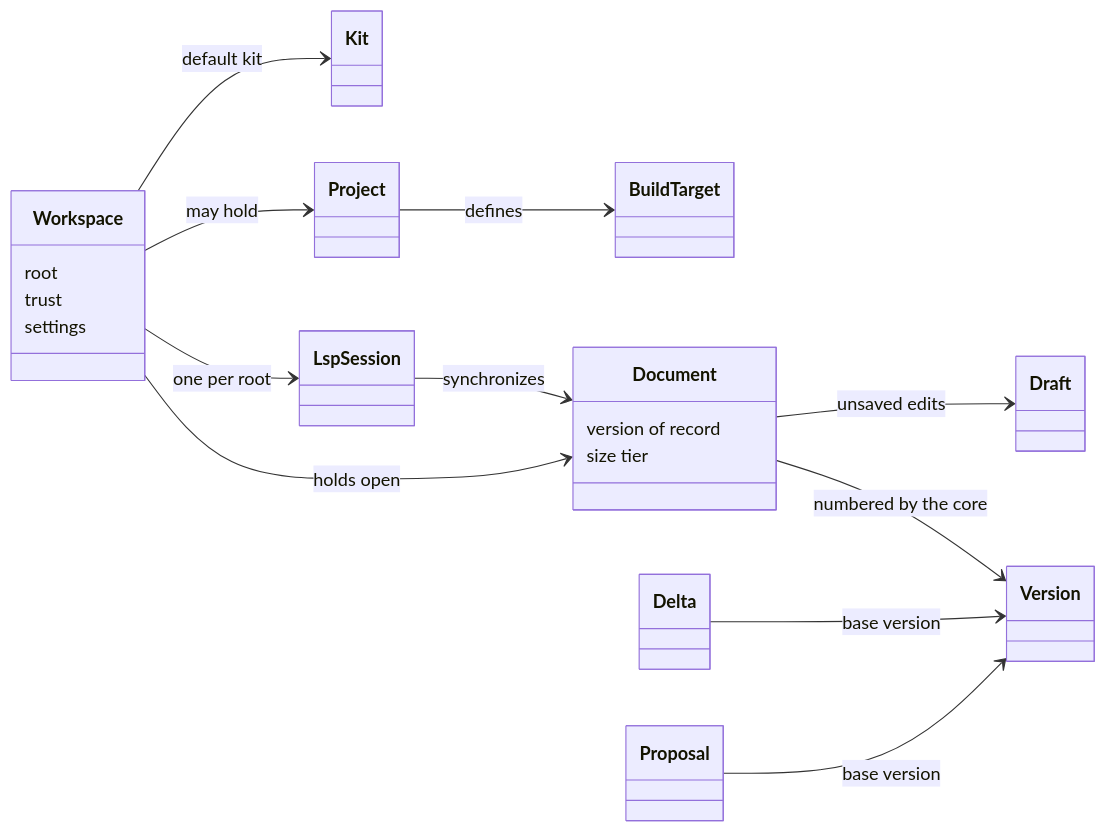
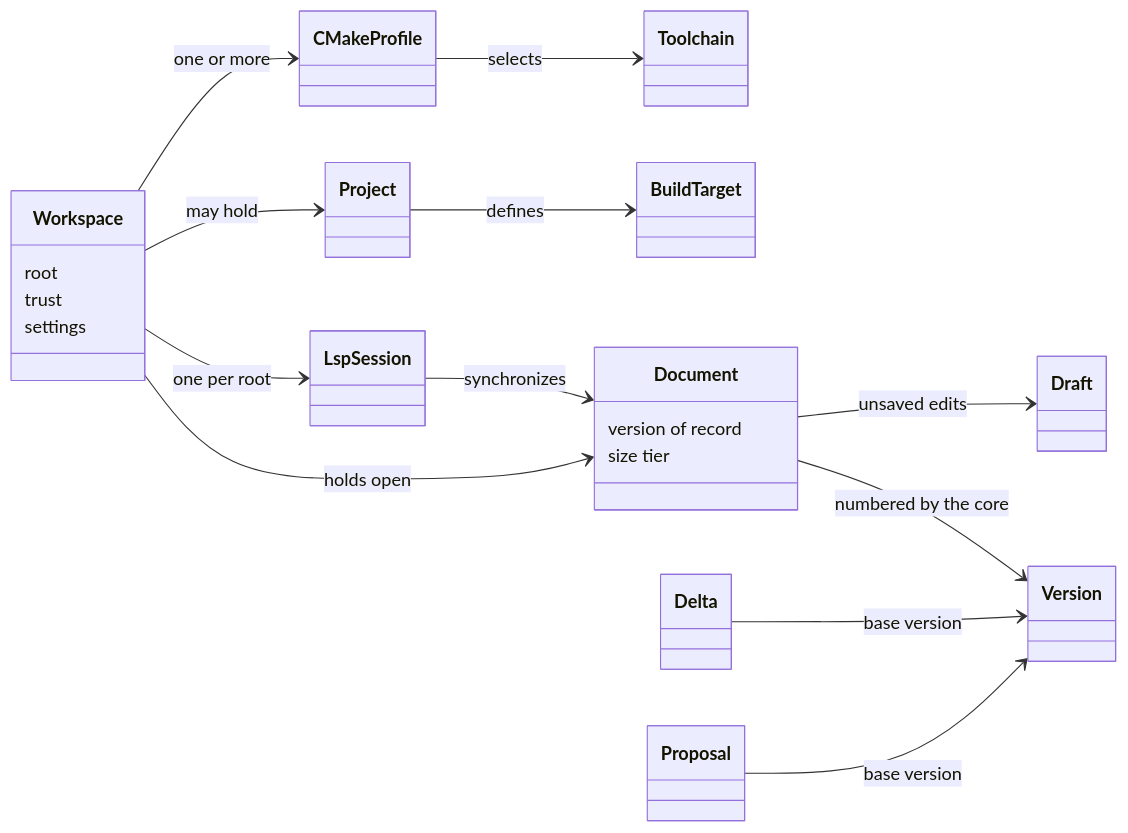
Before and after one commit to ViktorWalde/KineinVectis: the diagram in docs/glossary.md, drawn with Mermaid. The commit also changed other lines of this file and 12 other files, not shown here.

````diff
--- a/docs/glossary.md
+++ b/docs/glossary.md
@@ -11,23 +12,24 @@
 ```mermaid
 classDiagram
     direction LR
     class Workspace {
         root
         trust
         settings
     }
     class Document {
         version of record
         size tier
     }
     Workspace --> Document : holds open
     Workspace --> LspSession : one per root
     Workspace --> Project : may hold
-    Workspace --> Kit : default kit
+    Workspace --> CMakeProfile : one or more
+    CMakeProfile --> Toolchain : selects
     Project --> BuildTarget : defines
     Document --> Version : numbered by the core
     Document --> Draft : unsaved edits
     LspSession --> Document : synchronizes
     Delta --> Version : base version
     Proposal --> Version : base version
 ```
````
